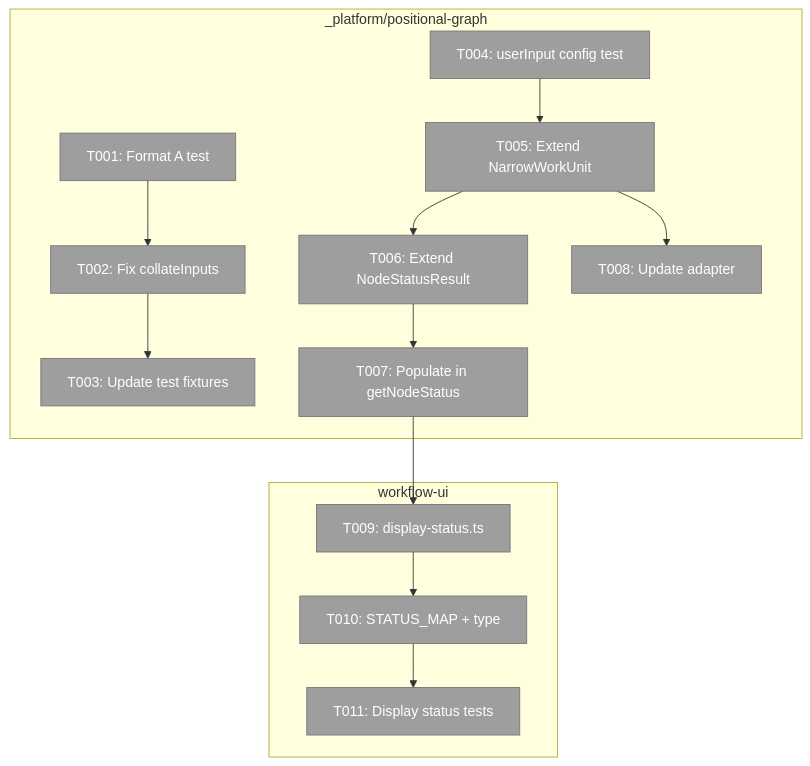
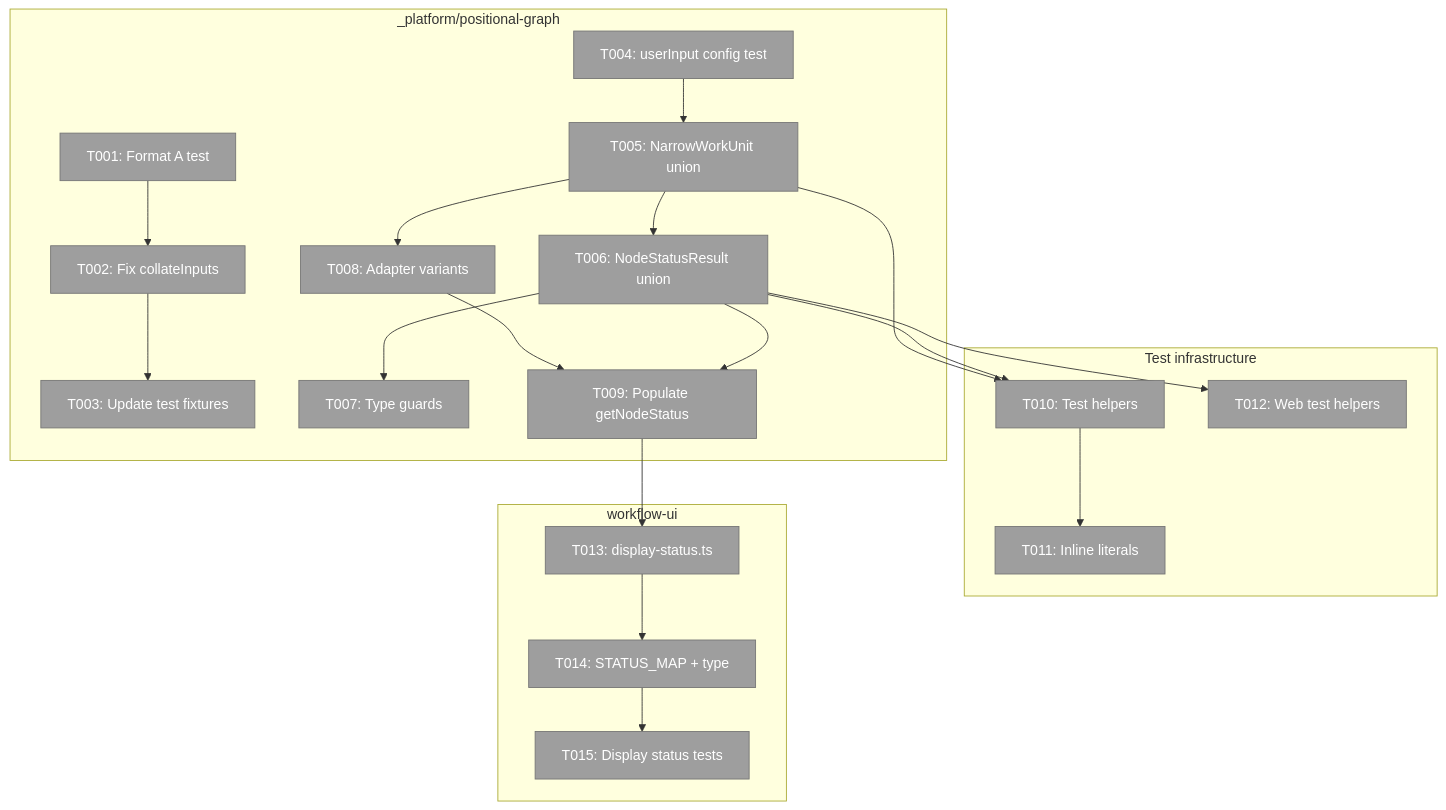
Before and after one commit to AI-Substrate/chainglass: the first of 3 diagrams in docs/plans/054-unified-human-input/tasks/phase-1-nodestatus-display/tasks.md, drawn with Mermaid. The commit also changed other lines of this file and 4 other files, not shown here.

First line of the commit message:
Add Workshop 011: discriminated type architecture for human input

````diff
--- a/docs/plans/054-unified-human-input/tasks/phase-1-nodestatus-display/tasks.md
+++ b/docs/plans/054-unified-human-input/tasks/phase-1-nodestatus-display/tasks.md
@@ -56,33 +57,46 @@
 ```mermaid
 flowchart TD
     classDef pending fill:#9E9E9E,stroke:#757575,color:#fff
     classDef platform fill:#E3F2FD,stroke:#2196F3,color:#000
     classDef ui fill:#FFF3E0,stroke:#FF9800,color:#000
 
     subgraph Platform["_platform/positional-graph"]
         T001["T001: Format A test"]:::pending
         T002["T002: Fix collateInputs"]:::pending
         T003["T003: Update test fixtures"]:::pending
         T004["T004: userInput config test"]:::pending
-        T005["T005: Extend NarrowWorkUnit"]:::pending
-        T006["T006: Extend NodeStatusResult"]:::pending
-        T007["T007: Populate in getNodeStatus"]:::pending
-        T008["T008: Update adapter"]:::pending
+        T005["T005: NarrowWorkUnit union"]:::pending
+        T006["T006: NodeStatusResult union"]:::pending
+        T007["T007: Type guards"]:::pending
+        T008["T008: Adapter variants"]:::pending
+        T009["T009: Populate getNodeStatus"]:::pending
+    end
+
+    subgraph Test["Test infrastructure"]
+        T010["T010: Test helpers"]:::pending
+        T011["T011: Inline literals"]:::pending
+        T012["T012: Web test helpers"]:::pending
     end
 
     subgraph UI["workflow-ui"]
-        T009["T009: display-status.ts"]:::pending
-        T010["T010: STATUS_MAP + type"]:::pending
-        T011["T011: Display status tests"]:::pending
+        T013["T013: display-status.ts"]:::pending
+        T014["T014: STATUS_MAP + type"]:::pending
+        T015["T015: Display status tests"]:::pending
     end
 
     T001 --> T002
     T002 --> T003
     T004 --> T005
     T005 --> T006
     T006 --> T007
     T005 --> T008
-    T007 --> T009
-    T009 --> T010
+    T008 --> T009
+    T006 --> T009
+    T005 --> T010
+    T006 --> T010
     T010 --> T011
+    T006 --> T012
+    T009 --> T013
+    T013 --> T014
+    T014 --> T015
 ```
````
